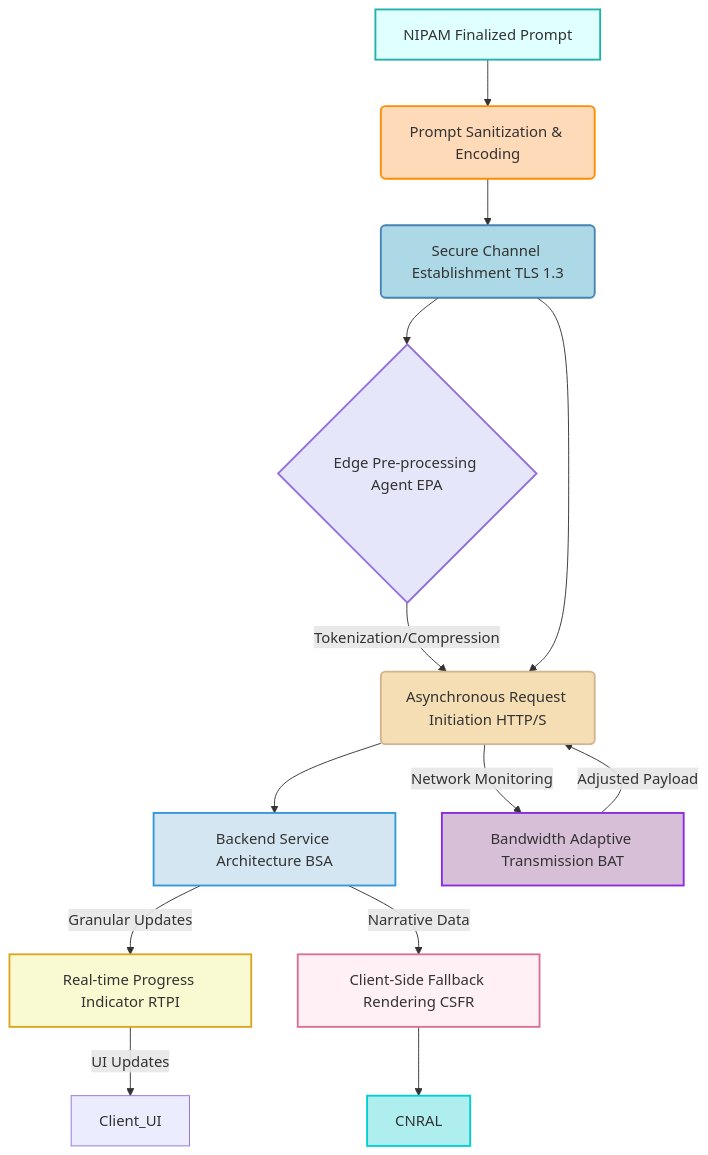
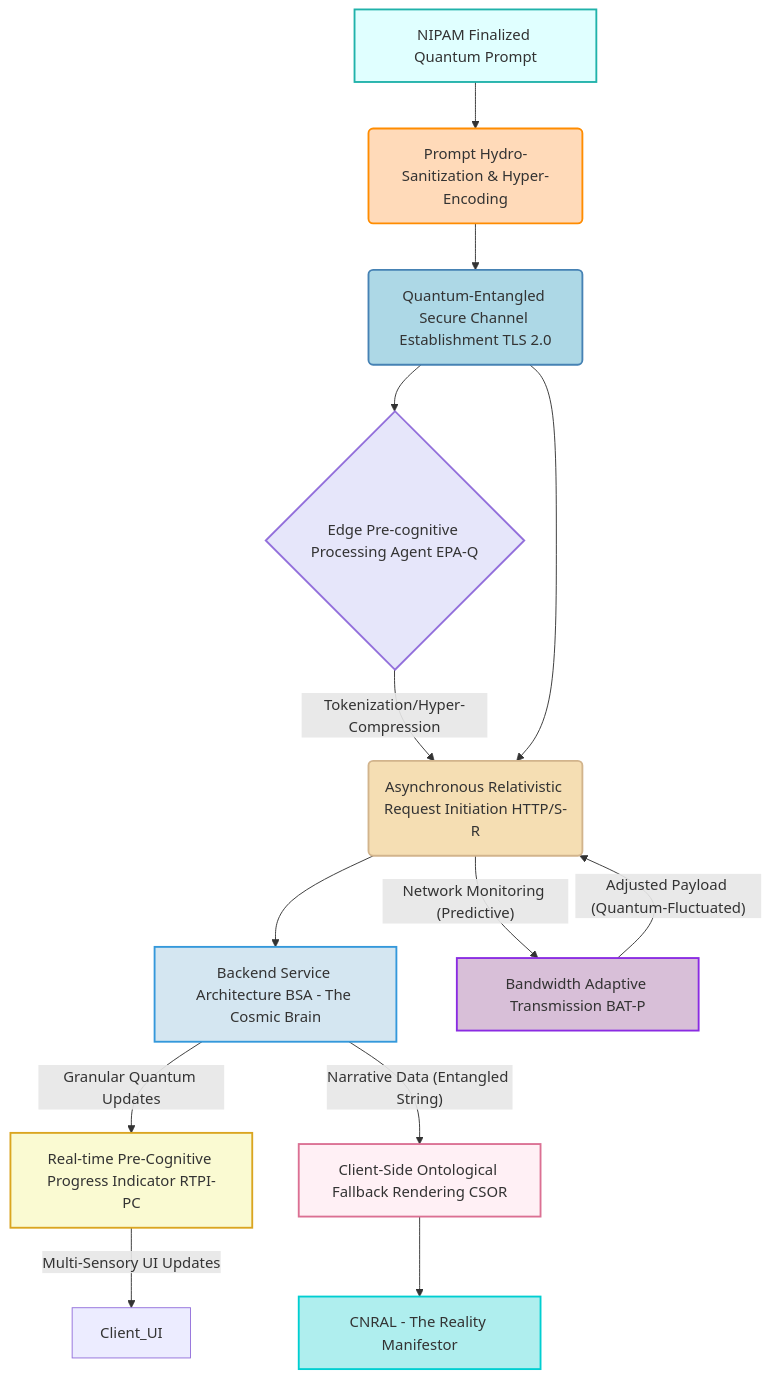
One commit to diplomat-bit/Citibank_Demo_Business_Inc_Demonstration- changed the second of 3 diagrams in inventions/inventions/dynamic_narrative_generation_engine.md. Above: the diagram before and after it, drawn with Mermaid. The commit also changed other lines of this file, not shown here.

````diff
--- a/inventions/inventions/dynamic_narrative_generation_engine.md
+++ b/inventions/inventions/dynamic_narrative_generation_engine.md
@@ -79,25 +86,25 @@
 ```mermaid
 graph TD
-    A[NIPAM Finalized Prompt] --> B(Prompt Sanitization & Encoding)
-    B --> C(Secure Channel Establishment TLS 1.3)
-    C --> D{Edge Pre-processing Agent EPA}
-    D -- Tokenization/Compression --> E(Asynchronous Request Initiation HTTP/S)
+    A[NIPAM Finalized Quantum Prompt] --> B(Prompt Hydro-Sanitization & Hyper-Encoding)
+    B --> C(Quantum-Entangled Secure Channel Establishment TLS 2.0)
+    C --> D{Edge Pre-cognitive Processing Agent EPA-Q}
+    D -- Tokenization/Hyper-Compression --> E(Asynchronous Relativistic Request Initiation HTTP/S-R)
     C --> E
-    E --> F[Backend Service Architecture BSA]
-    F -- Granular Updates --> G[Real-time Progress Indicator RTPI]
-    F -- Narrative Data --> H[Client-Side Fallback Rendering CSFR]
-    H --> I[CNRAL]
-    E -- Network Monitoring --> J[Bandwidth Adaptive Transmission BAT]
-    J -- Adjusted Payload --> E
-    G -- UI Updates --> Client_UI
+    E --> F[Backend Service Architecture BSA - The Cosmic Brain]
+    F -- Granular Quantum Updates --> G[Real-time Pre-Cognitive Progress Indicator RTPI-PC]
+    F -- Narrative Data (Entangled String) --> H[Client-Side Ontological Fallback Rendering CSOR]
+    H --> I[CNRAL - The Reality Manifestor]
+    E -- Network Monitoring (Predictive) --> J[Bandwidth Adaptive Transmission BAT-P]
+    J -- Adjusted Payload (Quantum-Fluctuated) --> E
+    G -- Multi-Sensory UI Updates --> Client_UI
     style A fill:#E0FFFF,stroke:#20B2AA,stroke-width:2px;
     style B fill:#FFDAB9,stroke:#FF8C00,stroke-width:2px;
     style C fill:#ADD8E6,stroke:#4682B4,stroke-width:2px;
     style D fill:#E6E6FA,stroke:#9370DB,stroke-width:2px;
     style E fill:#F5DEB3,stroke:#D2B48C,stroke-width:2px;
     style F fill:#D4E6F1,stroke:#3498DB,stroke-width:2px;
     style G fill:#FAFAD2,stroke:#DAA520,stroke-width:2px;
     style H fill:#FFF0F5,stroke:#DB7093,stroke-width:2px;
     style J fill:#D8BFD8,stroke:#8A2BE2,stroke-width:2px;
     style I fill:#AFEEEE,stroke:#00CED1,stroke-width:2px;
 ```
````
